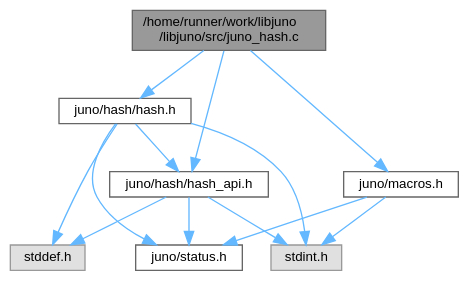
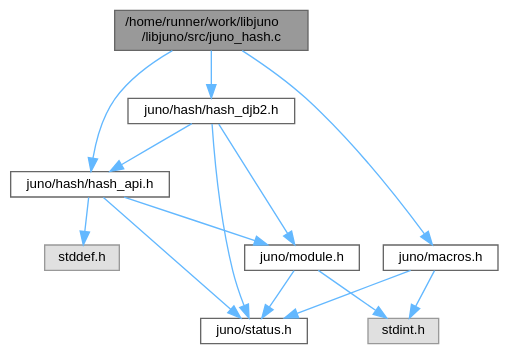
One commit to robinonsay/libjuno changed the diagram in juno__hash_8c__incl.dot. Above: the diagram before and after it, drawn with Graphviz. The commit also changed 272 other files, not shown here.

```diff
--- a/juno__hash_8c__incl.dot
+++ b/juno__hash_8c__incl.dot
@@ -1,26 +1,28 @@
 digraph "/home/runner/work/libjuno/libjuno/src/juno_hash.c"
 {
  // LATEX_PDF_SIZE
   bgcolor="transparent";
   edge [fontname=Helvetica,fontsize=10,labelfontname=Helvetica,labelfontsize=10];
   node [fontname=Helvetica,fontsize=10,shape=box,height=0.2,width=0.4];
   Node1 [id="Node000001",label="/home/runner/work/libjuno\l/libjuno/src/juno_hash.c",height=0.2,width=0.4,color="gray40", fillcolor="grey60", style="filled", fontcolor="black",tooltip=" "];
   Node1 -> Node2 [id="edge1_Node000001_Node000002",color="steelblue1",style="solid",tooltip=" "];
   Node2 [id="Node000002",label="juno/hash/hash_api.h",height=0.2,width=0.4,color="grey40", fillcolor="white", style="filled",URL="$hash__api_8h.html",tooltip=" "];
   Node2 -> Node3 [id="edge2_Node000002_Node000003",color="steelblue1",style="solid",tooltip=" "];
-  Node3 [id="Node000003",label="stddef.h",height=0.2,width=0.4,color="grey60", fillcolor="#E0E0E0", style="filled",tooltip=" "];
+  Node3 [id="Node000003",label="juno/status.h",height=0.2,width=0.4,color="grey40", fillcolor="white", style="filled",URL="$status_8h.html",tooltip=" "];
   Node2 -> Node4 [id="edge3_Node000002_Node000004",color="steelblue1",style="solid",tooltip=" "];
-  Node4 [id="Node000004",label="stdint.h",height=0.2,width=0.4,color="grey60", fillcolor="#E0E0E0", style="filled",tooltip=" "];
-  Node2 -> Node5 [id="edge4_Node000002_Node000005",color="steelblue1",style="solid",tooltip=" "];
-  Node5 [id="Node000005",label="juno/status.h",height=0.2,width=0.4,color="grey40", fillcolor="white", style="filled",URL="$status_8h.html",tooltip=" "];
-  Node1 -> Node6 [id="edge5_Node000001_Node000006",color="steelblue1",style="solid",tooltip=" "];
-  Node6 [id="Node000006",label="juno/hash/hash.h",height=0.2,width=0.4,color="grey40", fillcolor="white", style="filled",URL="$hash_8h.html",tooltip=" "];
-  Node6 -> Node5 [id="edge6_Node000006_Node000005",color="steelblue1",style="solid",tooltip=" "];
-  Node6 -> Node3 [id="edge7_Node000006_Node000003",color="steelblue1",style="solid",tooltip=" "];
-  Node6 -> Node4 [id="edge8_Node000006_Node000004",color="steelblue1",style="solid",tooltip=" "];
-  Node6 -> Node2 [id="edge9_Node000006_Node000002",color="steelblue1",style="solid",tooltip=" "];
-  Node1 -> Node7 [id="edge10_Node000001_Node000007",color="steelblue1",style="solid",tooltip=" "];
-  Node7 [id="Node000007",label="juno/macros.h",height=0.2,width=0.4,color="grey40", fillcolor="white", style="filled",URL="$macros_8h.html",tooltip=" "];
-  Node7 -> Node5 [id="edge11_Node000007_Node000005",color="steelblue1",style="solid",tooltip=" "];
-  Node7 -> Node4 [id="edge12_Node000007_Node000004",color="steelblue1",style="solid",tooltip=" "];
+  Node4 [id="Node000004",label="juno/module.h",height=0.2,width=0.4,color="grey40", fillcolor="white", style="filled",URL="$module_8h.html",tooltip=" "];
+  Node4 -> Node3 [id="edge4_Node000004_Node000003",color="steelblue1",style="solid",tooltip=" "];
+  Node4 -> Node5 [id="edge5_Node000004_Node000005",color="steelblue1",style="solid",tooltip=" "];
+  Node5 [id="Node000005",label="stdint.h",height=0.2,width=0.4,color="grey60", fillcolor="#E0E0E0", style="filled",tooltip=" "];
+  Node2 -> Node6 [id="edge6_Node000002_Node000006",color="steelblue1",style="solid",tooltip=" "];
+  Node6 [id="Node000006",label="stddef.h",height=0.2,width=0.4,color="grey60", fillcolor="#E0E0E0", style="filled",tooltip=" "];
+  Node1 -> Node7 [id="edge7_Node000001_Node000007",color="steelblue1",style="solid",tooltip=" "];
+  Node7 [id="Node000007",label="juno/hash/hash_djb2.h",height=0.2,width=0.4,color="grey40", fillcolor="white", style="filled",URL="$hash__djb2_8h.html",tooltip=" "];
+  Node7 -> Node4 [id="edge8_Node000007_Node000004",color="steelblue1",style="solid",tooltip=" "];
+  Node7 -> Node3 [id="edge9_Node000007_Node000003",color="steelblue1",style="solid",tooltip=" "];
+  Node7 -> Node2 [id="edge10_Node000007_Node000002",color="steelblue1",style="solid",tooltip=" "];
+  Node1 -> Node8 [id="edge11_Node000001_Node000008",color="steelblue1",style="solid",tooltip=" "];
+  Node8 [id="Node000008",label="juno/macros.h",height=0.2,width=0.4,color="grey40", fillcolor="white", style="filled",URL="$macros_8h.html",tooltip=" "];
+  Node8 -> Node3 [id="edge12_Node000008_Node000003",color="steelblue1",style="solid",tooltip=" "];
+  Node8 -> Node5 [id="edge13_Node000008_Node000005",color="steelblue1",style="solid",tooltip=" "];
 }
```
